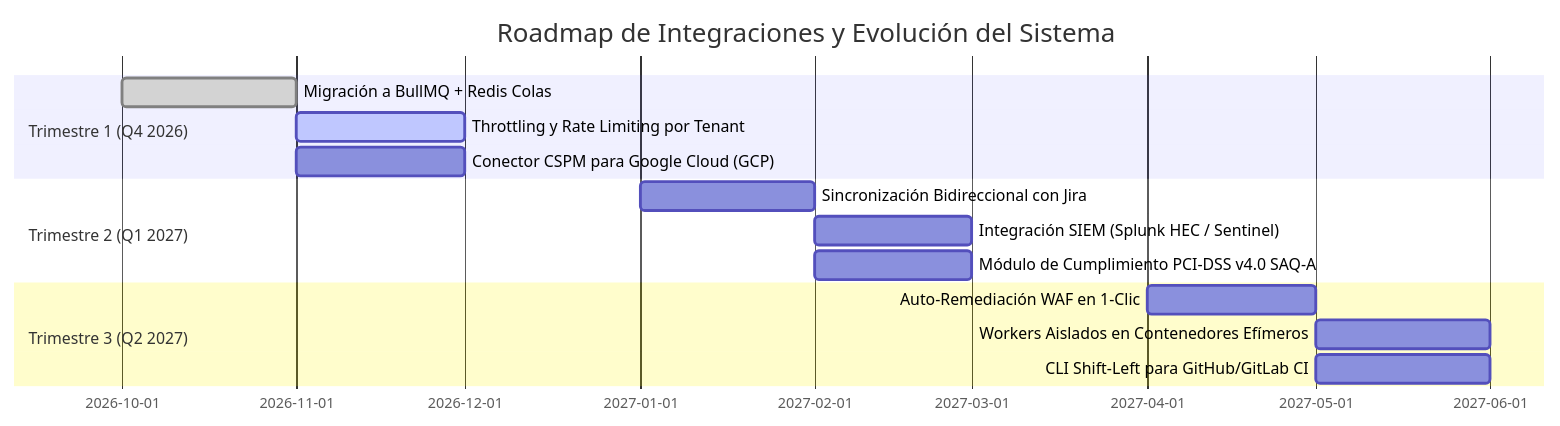
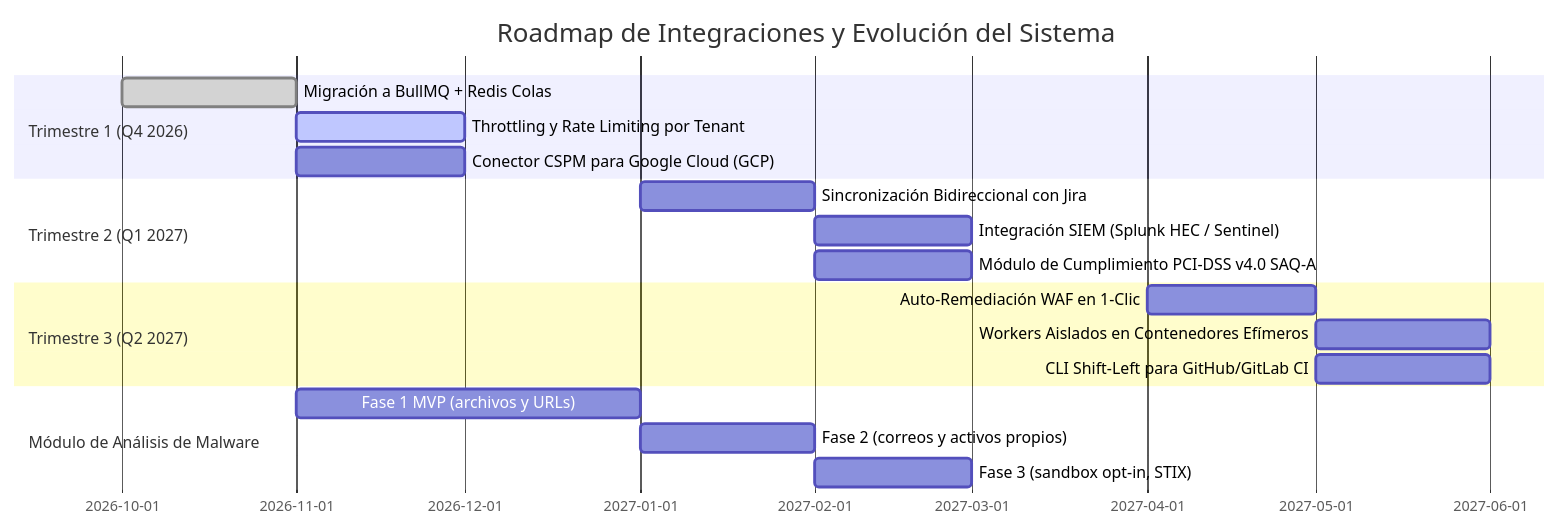
One commit to Juandks12/Sistema-de-Gestion-de-Postura-de-Seguridad-SSPM changed the fifth of 5 diagrams in docs/pendientes-backlog-futuras-integraciones.md. Above: the diagram before and after it, drawn with Mermaid. The commit also changed other lines of this file and 13 other files, not shown here.

First line of the commit message:
docs(malware): diseño, ADR y backlog del módulo de análisis de malware

````diff
--- a/docs/pendientes-backlog-futuras-integraciones.md
+++ b/docs/pendientes-backlog-futuras-integraciones.md
@@ -177,17 +188,21 @@
 ```mermaid
 gantt
     title Roadmap de Integraciones y Evolución del Sistema
     dateFormat  YYYY-MM
     section Trimestre 1 (Q4 2026)
     Migración a BullMQ + Redis Colas         :done, q1_1, 2026-10, 2026-11
     Throttling y Rate Limiting por Tenant     :active, q1_2, 2026-11, 2026-12
     Conector CSPM para Google Cloud (GCP)     :q1_3, 2026-11, 2026-12
     section Trimestre 2 (Q1 2027)
     Sincronización Bidireccional con Jira     :q2_1, 2027-01, 2027-02
     Integración SIEM (Splunk HEC / Sentinel) :q2_2, 2027-02, 2027-03
     Módulo de Cumplimiento PCI-DSS v4.0 SAQ-A:q2_3, 2027-02, 2027-03
     section Trimestre 3 (Q2 2027)
     Auto-Remediación WAF en 1-Clic            :q3_1, 2027-04, 2027-05
     Workers Aislados en Contenedores Efímeros:q3_2, 2027-05, 2027-06
     CLI Shift-Left para GitHub/GitLab CI     :q3_3, 2027-05, 2027-06
+    section Módulo de Análisis de Malware
+    Fase 1 MVP (archivos y URLs)             :mal_1, 2026-11, 2027-01
+    Fase 2 (correos y activos propios)       :mal_2, 2027-01, 2027-02
+    Fase 3 (sandbox opt-in, STIX)            :mal_3, 2027-02, 2027-03
 ```
````
